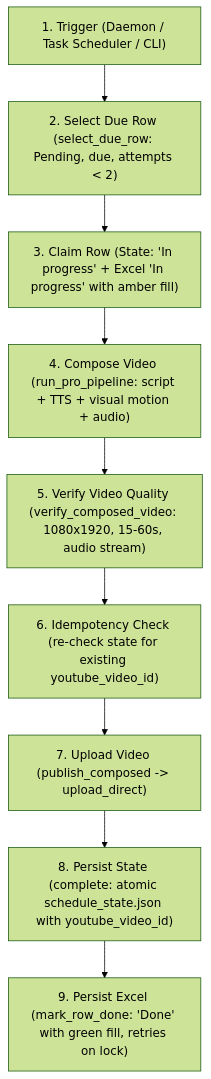
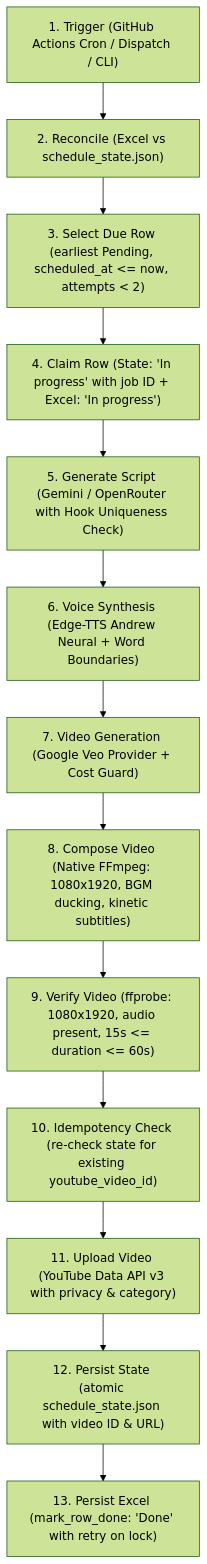
The diagram in README.md (Abhishek-Aryan/Finance-shorts), drawn with Mermaid (forest theme) before and after one commit. The commit also changed other lines of this file and 5 other files, not shown here.

Commit message:
docs(cloud): rewrite architecture, Veo billing, and operational runbook

````diff
--- a/README.md
+++ b/README.md
@@ -29,11 +35,15 @@
 ```mermaid
 graph TD
-    Trigger["1. Trigger (Daemon / Task Scheduler / CLI)"] --> Select["2. Select Due Row (select_due_row: Pending, due, attempts < 2)"]
-    Select --> Claim["3. Claim Row (State: 'In progress' + Excel 'In progress' with amber fill)"]
-    Claim --> Compose["4. Compose Video (run_pro_pipeline: script + TTS + visual motion + audio)"]
-    Compose --> Verify["5. Verify Video Quality (verify_composed_video: 1080x1920, 15-60s, audio stream)"]
-    Verify --> Idempotent["6. Idempotency Check (re-check state for existing youtube_video_id)"]
-    Idempotent --> Upload["7. Upload Video (publish_composed -> upload_direct)"]
-    Upload --> State["8. Persist State (complete: atomic schedule_state.json with youtube_video_id)"]
-    State --> Excel["9. Persist Excel (mark_row_done: 'Done' with green fill, retries on lock)"]
+    Trigger["1. Trigger (GitHub Actions Cron / Dispatch / CLI)"] --> Reconcile["2. Reconcile (Excel vs schedule_state.json)"]
+    Reconcile --> Select["3. Select Due Row (earliest Pending, scheduled_at <= now, attempts < 2)"]
+    Select --> Claim["4. Claim Row (State: 'In progress' with job ID + Excel: 'In progress')"]
+    Claim --> Script["5. Generate Script (Gemini / OpenRouter with Hook Uniqueness Check)"]
+    Script --> TTS["6. Voice Synthesis (Edge-TTS Andrew Neural + Word Boundaries)"]
+    TTS --> Veo["7. Video Generation (Google Veo Provider + Cost Guard)"]
+    Veo --> Compose["8. Compose Video (Native FFmpeg: 1080x1920, BGM ducking, kinetic subtitles)"]
+    Compose --> Verify["9. Verify Video (ffprobe: 1080x1920, audio present, 15s <= duration <= 60s)"]
+    Verify --> Idempotent["10. Idempotency Check (re-check state for existing youtube_video_id)"]
+    Idempotent --> Upload["11. Upload Video (YouTube Data API v3 with privacy & category)"]
+    Upload --> State["12. Persist State (atomic schedule_state.json with video ID & URL)"]
+    State --> Excel["13. Persist Excel (mark_row_done: 'Done' with retry on lock)"]
 ```
````
